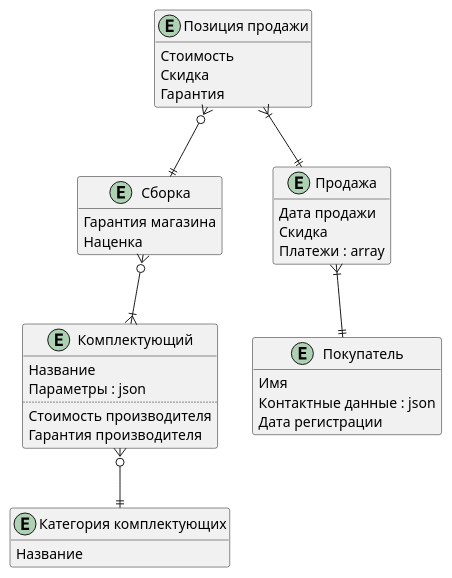
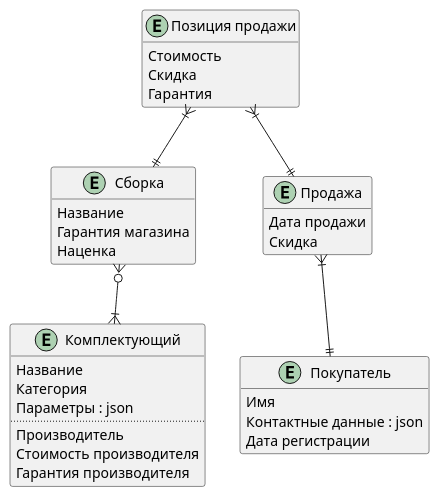
The diagram in doc/diagrams/er.puml (vany152/computer-equipment-ms), drawn with PlantUML before and after one commit. The commit also changed 2 other files, not shown here.

Commit message:
work on database diagram

```diff
--- a/doc/diagrams/er.puml
+++ b/doc/diagrams/er.puml
@@ -1,45 +1,43 @@
 @startuml
 'https://plantuml.com/class-diagram
 
 hide methods
 
-entity "Категория комплектующих" as componentCategory {
-    Название
-}
 entity "Комплектующий" as component {
     Название
+    Категория
     Параметры : json
     ..
+    Производитель
     Стоимость производителя
     Гарантия производителя
 }
-component }o--|| componentCategory
 
 entity "Сборка" as configuration {
+    Название
     Гарантия магазина
     Наценка
 }
 configuration }o--|{ component
 
 entity "Покупатель" as customer {
     Имя
     Контактные данные : json
     Дата регистрации
 }
 
 entity "Продажа" as sale {
     Дата продажи
     Скидка
-    Платежи : array
 } 
 sale }|--|| customer
 
 entity "Позиция продажи" as salePosition {
     Стоимость
     Скидка
     Гарантия
 }
 salePosition }|--|| sale
-salePosition }o--|| configuration
+salePosition }|--|| configuration
 
 @enduml
```
